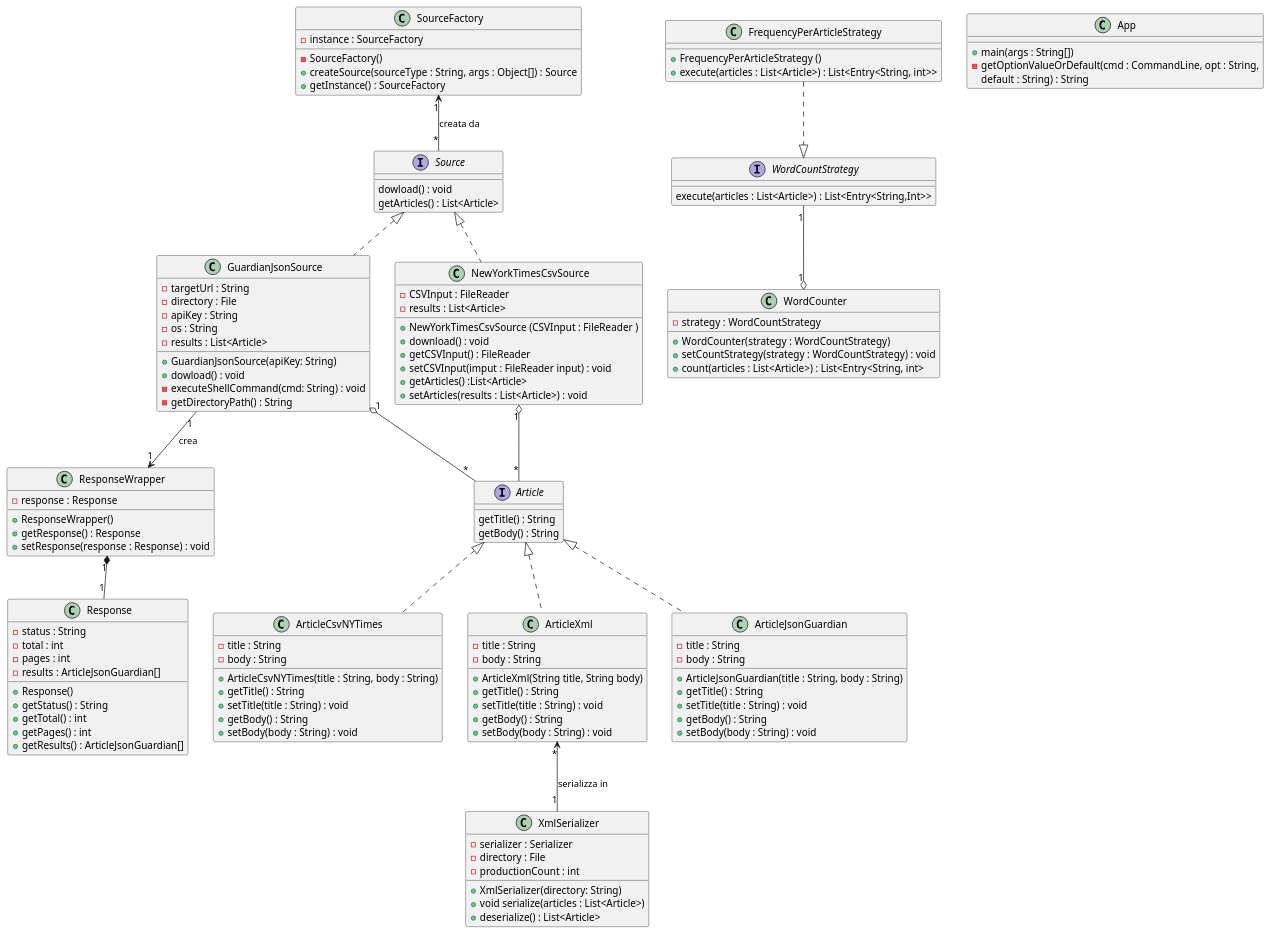
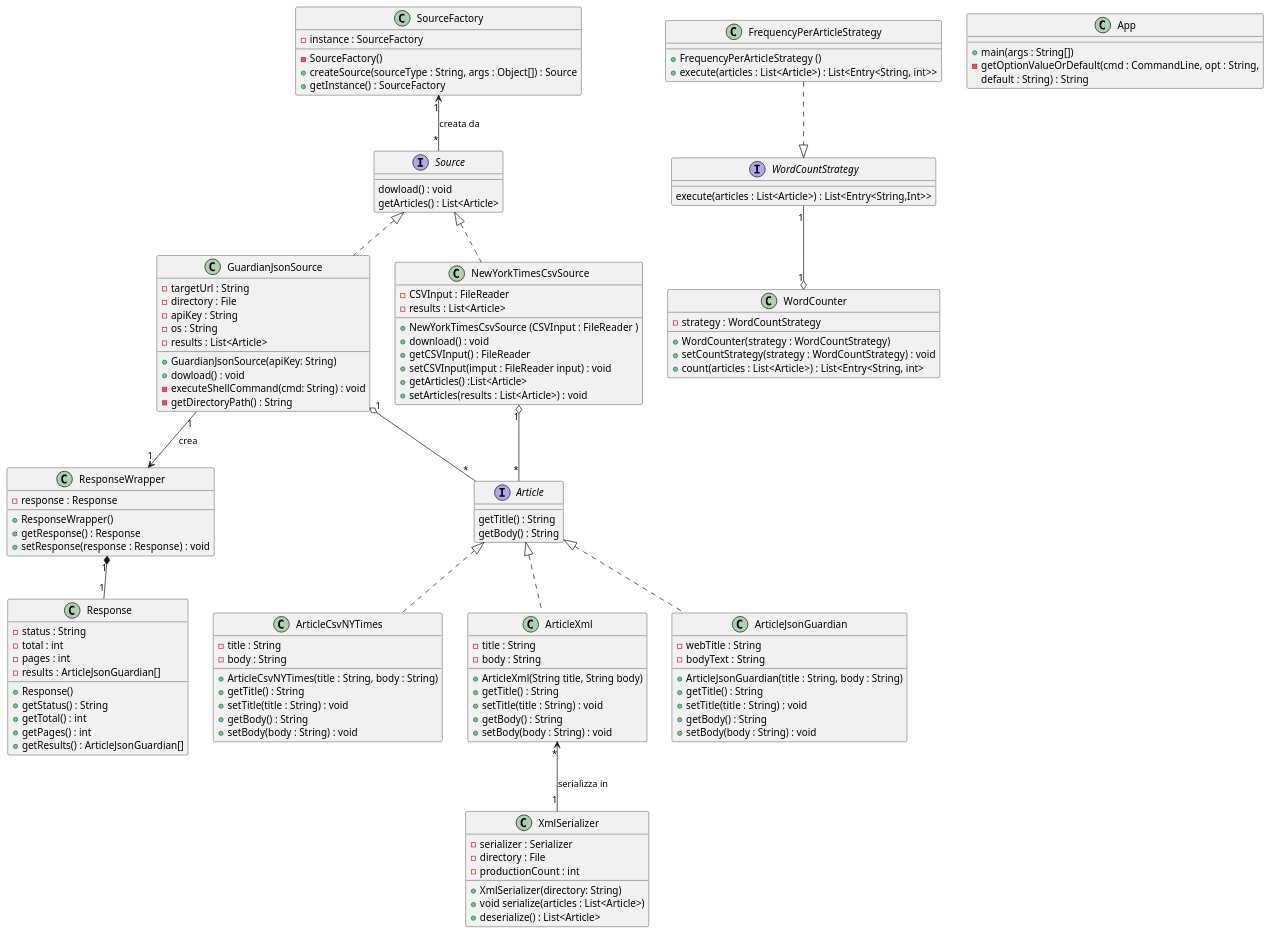
One commit to GruppoPuntoPunto/Progetto_IdS changed the diagram in etc/class.puml. Above: the diagram before and after it, drawn with PlantUML. The commit also changed 2 other files, not shown here.

Commit message:
Modificata immagine class diagram e modifica allo pseudocodice in info

```diff
--- a/etc/class.puml
+++ b/etc/class.puml
@@ -1,155 +1,155 @@
 @startuml
 
 interface Source {
     dowload() : void
     getArticles() : List<Article>
 }
 
 interface Article {
     getTitle() : String
     getBody() : String
 }
 
 interface WordCountStrategy {
     execute(articles : List<Article>) : List<Entry<String,Int>>
 }
 
 class GuardianJsonSource {
     - targetUrl : String
     - directory : File
     - apiKey : String
     - os : String
     - results : List<Article>
     
     + GuardianJsonSource(apiKey: String)
     + dowload() : void
     - executeShellCommand(cmd: String) : void
     - getDirectoryPath() : String
 }
 
 class NewYorkTimesCsvSource {
     - CSVInput : FileReader
     - results : List<Article>
 
     + NewYorkTimesCsvSource (CSVInput : FileReader )
     + download() : void
     + getCSVInput() : FileReader
     + setCSVInput(imput : FileReader input) : void
     + getArticles() :List<Article>
     + setArticles(results : List<Article>) : void
 }
 
 class XmlSerializer {
     - serializer : Serializer
     - directory : File
     - productionCount : int
     
     + XmlSerializer(directory: String)
     + void serialize(articles : List<Article>)
     + deserialize() : List<Article>
 }
 
 class ArticleJsonGuardian {
-    - title : String
-    - body : String
+    - webTitle : String
+    - bodyText : String
     
     + ArticleJsonGuardian(title : String, body : String)
     + getTitle() : String
     + setTitle(title : String) : void
     + getBody() : String
     + setBody(body : String) : void
 }
 
 class ArticleCsvNYTimes {
     - title : String
     - body : String
     
     + ArticleCsvNYTimes(title : String, body : String)
     + getTitle() : String
     + setTitle(title : String) : void
     + getBody() : String
     + setBody(body : String) : void
 }
 
 class ArticleXml {
     - title : String
     - body : String
     
     + ArticleXml(String title, String body)
     + getTitle() : String
     + setTitle(title : String) : void
     + getBody() : String
     + setBody(body : String) : void
 }
 
 class WordCounter {
     - strategy : WordCountStrategy
     
     + WordCounter(strategy : WordCountStrategy)
     + setCountStrategy(strategy : WordCountStrategy) : void
     + count(articles : List<Article>) : List<Entry<String, int>
 }
 
 class FrequencyPerArticleStrategy {
     + FrequencyPerArticleStrategy ()
     + execute(articles : List<Article>) : List<Entry<String, int>>
 }
 
 class SourceFactory {
     - instance : SourceFactory
 
     - SourceFactory() 
     + createSource(sourceType : String, args : Object[]) : Source
     + getInstance() : SourceFactory
 }
 
 class ResponseWrapper {
     - response : Response
     
     + ResponseWrapper()
     + getResponse() : Response
     + setResponse(response : Response) : void
 }
 
 class Response {
     - status : String
     - total : int
     - pages : int
     - results : ArticleJsonGuardian[]
     
     + Response()
     + getStatus() : String
     + getTotal() : int
     + getPages() : int
     + getResults() : ArticleJsonGuardian[]
 }
 
 class App {
     + main(args : String[])
     - getOptionValueOrDefault(cmd : CommandLine, opt : String, 
     default : String) : String
 }
 
 Article <|.. ArticleJsonGuardian
 Article <|.. ArticleCsvNYTimes
 Article <|.. ArticleXml
 
 Source <|.. GuardianJsonSource
 Source <|.. NewYorkTimesCsvSource 
 
 SourceFactory "1" <-- "*" Source : creata da
 
 GuardianJsonSource "1" o-- "*" Article
 NewYorkTimesCsvSource "1" o-- "*" Article
 
 ArticleXml "*" <-- "1" XmlSerializer : serializza in
 
 FrequencyPerArticleStrategy ..|> WordCountStrategy
 
 WordCountStrategy "1" --o "1" WordCounter
 
 GuardianJsonSource "1" --> "1" ResponseWrapper : crea
 
 ResponseWrapper "1" *-- "1" Response
 
 @enduml
```
